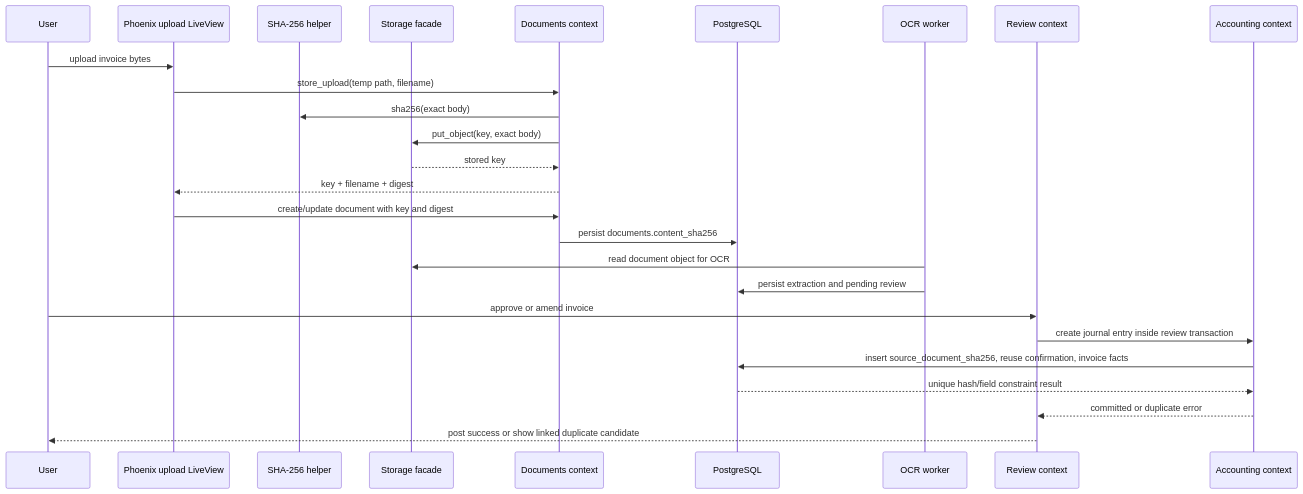
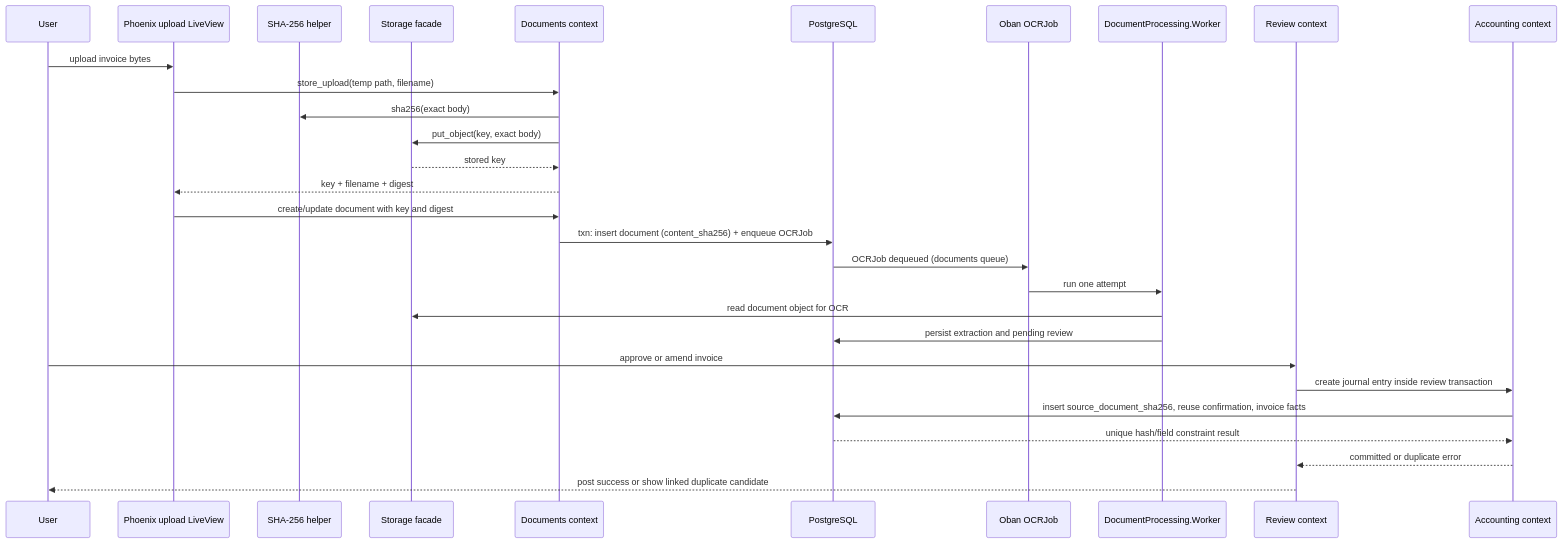
One commit to acramatte/zaimu-tomo changed the third of 3 diagrams in specs/004-invoice-file-fingerprints/c4-model.md. Above: the diagram before and after it, drawn with Mermaid. The commit also changed other lines of this file, not shown here.

Commit message:
docs: show Oban in the fingerprinting C4 model
The C2/C3 diagrams showed upload handing off directly to "OCR worker",
with no queue in between. That was accurate when this spec was
written (2026-09-23), but Oban OCRJob replaced the fire-and-forget OCR
path six days later (dde71f2, 2026-09-29), and Documents.create_document/2
now inserts the document row and enqueues the job in one transaction.
The diagrams never caught up, understating that this feature's upload
path (Documents.store_upload/2) has to compose with that existing
transactional insert-and-enqueue, not a direct worker call.

Tests: docs-only change; verified with git diff --check and Mermaid CLI rendering (3 diagrams)

Amp-Thread-ID: https://ampcode.com/threads/T-01a13ed7-0dec-70fe-8845-16f5de266f0e

````diff
--- a/specs/004-invoice-file-fingerprints/c4-model.md
+++ b/specs/004-invoice-file-fingerprints/c4-model.md
@@ -74,29 +77,32 @@
 ```mermaid
 sequenceDiagram
     participant User as User
     participant Upload as Phoenix upload LiveView
     participant Hash as SHA-256 helper
     participant Storage as Storage facade
     participant Docs as Documents context
     participant DB as PostgreSQL
-    participant Worker as OCR worker
+    participant Oban as Oban OCRJob
+    participant Worker as DocumentProcessing.Worker
     participant Review as Review context
     participant Accounting as Accounting context
 
     User->>Upload: upload invoice bytes
     Upload->>Docs: store_upload(temp path, filename)
     Docs->>Hash: sha256(exact body)
     Docs->>Storage: put_object(key, exact body)
     Storage-->>Docs: stored key
     Docs-->>Upload: key + filename + digest
     Upload->>Docs: create/update document with key and digest
-    Docs->>DB: persist documents.content_sha256
+    Docs->>DB: txn: insert document (content_sha256) + enqueue OCRJob
+    DB->>Oban: OCRJob dequeued (documents queue)
+    Oban->>Worker: run one attempt
     Worker->>Storage: read document object for OCR
     Worker->>DB: persist extraction and pending review
     User->>Review: approve or amend invoice
     Review->>Accounting: create journal entry inside review transaction
     Accounting->>DB: insert source_document_sha256, reuse confirmation, invoice facts
     DB-->>Accounting: unique hash/field constraint result
     Accounting-->>Review: committed or duplicate error
     Review-->>User: post success or show linked duplicate candidate
 ```
````
